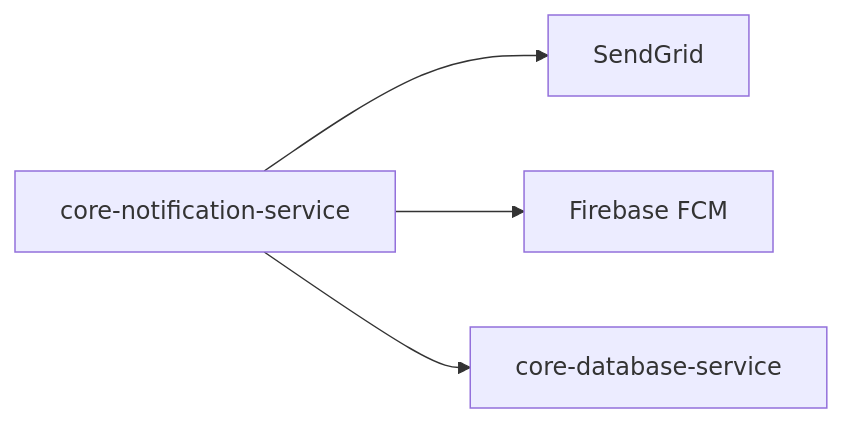
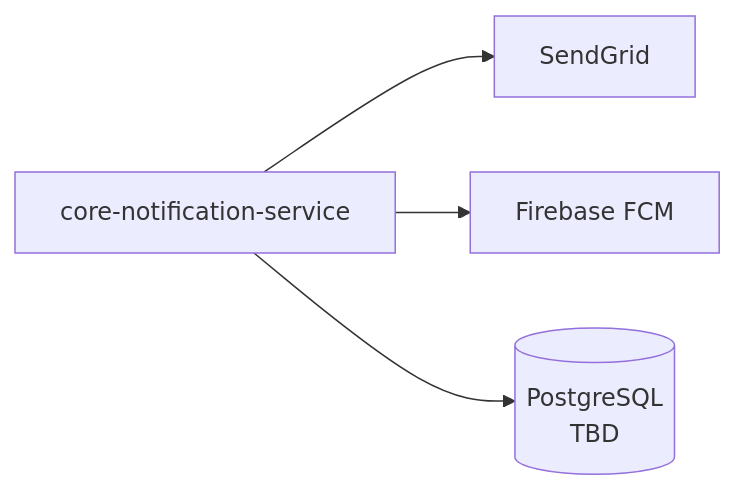
One commit to VisioBook-ESP/docs-architecture changed the second of 4 diagrams in microservices/core-notification-service.md. Above: the diagram before and after it, drawn with Mermaid. The commit also changed other lines of this file and 15 other files, not shown here.

````diff
--- a/microservices/core-notification-service.md
+++ b/microservices/core-notification-service.md
@@ -177,6 +177,6 @@
 ```mermaid
 graph LR
     NS[core-notification-service] --> SENDGRID[SendGrid]
     NS --> FCM[Firebase FCM]
-    NS --> DB[core-database-service]
+    NS --> PG[(PostgreSQL<br/>TBD)]
 ```
````
